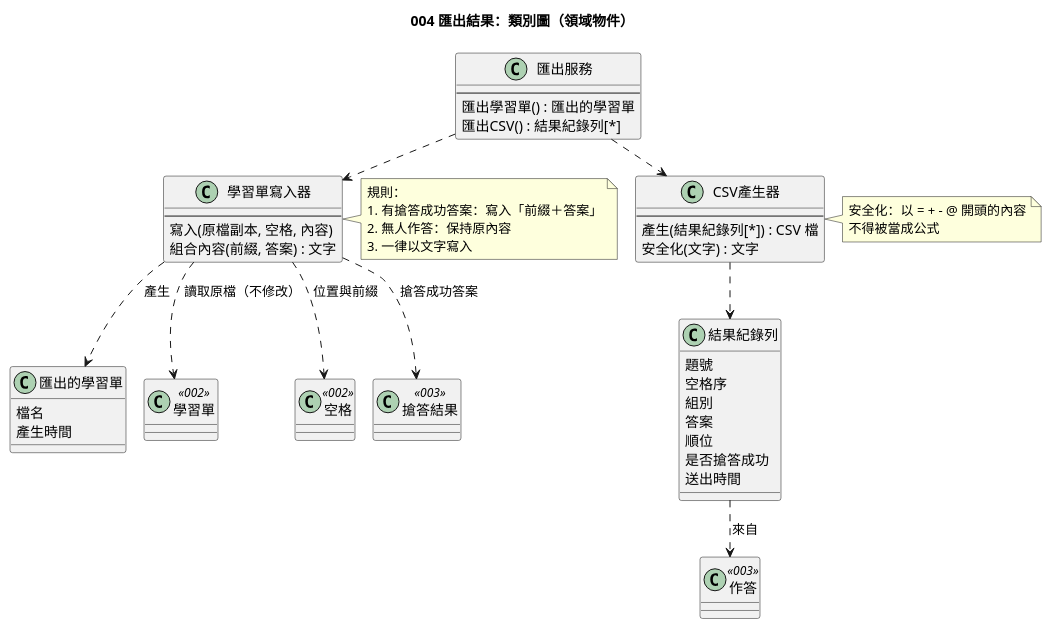
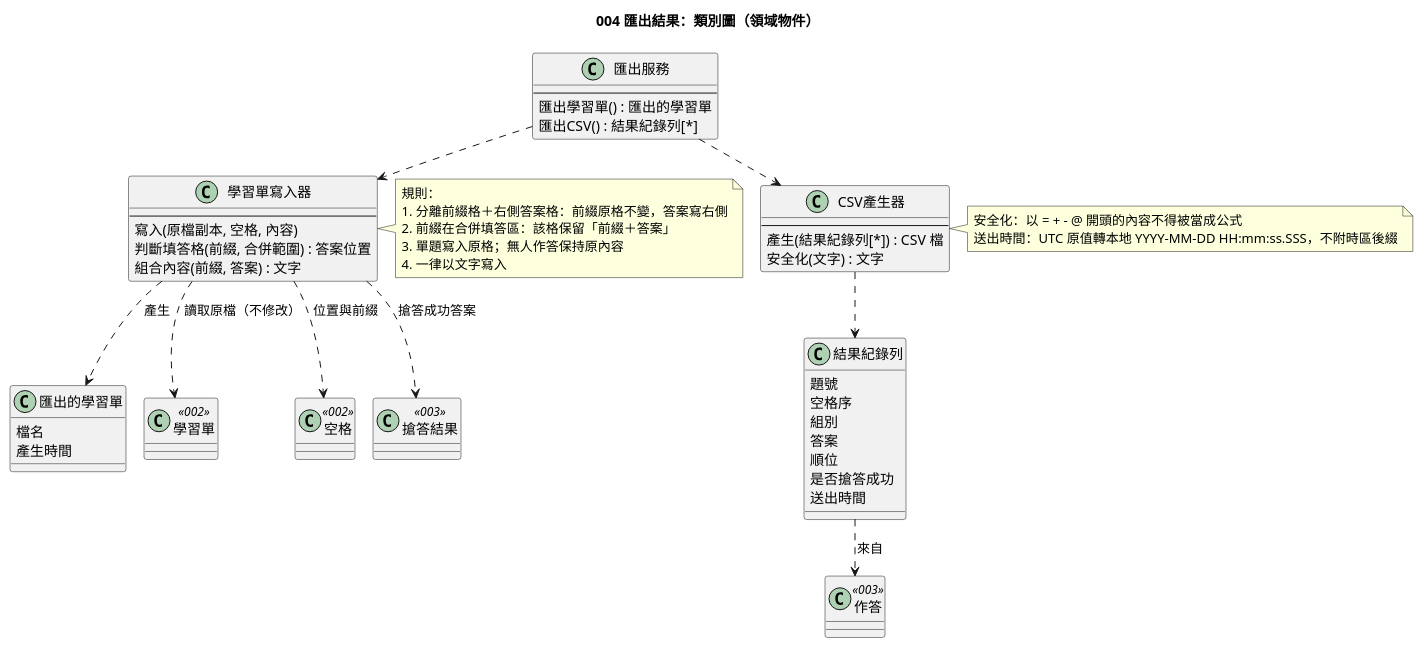
Before and after one commit to Danielweng0902/Answering-System_speckit: the diagram in diagrams/004-export-class.puml, drawn with PlantUML. The commit also changed 49 other files, not shown here.

```diff
--- a/diagrams/004-export-class.puml
+++ b/diagrams/004-export-class.puml
@@ -1,63 +1,65 @@
 @startuml
 !pragma layout smetana
 title 004 匯出結果：類別圖（領域物件）
 
 class 匯出服務 {
   --
   匯出學習單() : 匯出的學習單
   匯出CSV() : 結果紀錄列[*]
 }
 
 class 學習單寫入器 {
   --
   寫入(原檔副本, 空格, 內容)
+  判斷填答格(前綴, 合併範圍) : 答案位置
   組合內容(前綴, 答案) : 文字
 }
 
 class 匯出的學習單 {
   檔名
   產生時間
 }
 
 class 結果紀錄列 {
   題號
   空格序
   組別
   答案
   順位
   是否搶答成功
   送出時間
 }
 
 class CSV產生器 {
   --
   產生(結果紀錄列[*]) : CSV 檔
   安全化(文字) : 文字
 }
 
 class 學習單 <<002>>
 class 空格 <<002>>
 class 搶答結果 <<003>>
 class 作答 <<003>>
 
 匯出服務 ..> 學習單寫入器
 匯出服務 ..> CSV產生器
 學習單寫入器 ..> 學習單 : 讀取原檔（不修改）
 學習單寫入器 ..> 空格 : 位置與前綴
 學習單寫入器 ..> 搶答結果 : 搶答成功答案
 學習單寫入器 ..> 匯出的學習單 : 產生
 CSV產生器 ..> 結果紀錄列
 結果紀錄列 ..> 作答 : 來自
 
 note right of 學習單寫入器
   規則：
-  1. 有搶答成功答案：寫入「前綴＋答案」
-  2. 無人作答：保持原內容
-  3. 一律以文字寫入
+  1. 分離前綴格＋右側答案格：前綴原格不變，答案寫右側
+  2. 前綴在合併填答區：該格保留「前綴＋答案」
+  3. 單題寫入原格；無人作答保持原內容
+  4. 一律以文字寫入
 end note
 
 note right of CSV產生器
-  安全化：以 = + - @ 開頭的內容
-  不得被當成公式
+  安全化：以 = + - @ 開頭的內容不得被當成公式
+  送出時間：UTC 原值轉本地 YYYY-MM-DD HH:mm:ss.SSS，不附時區後綴
 end note
 @enduml
```
